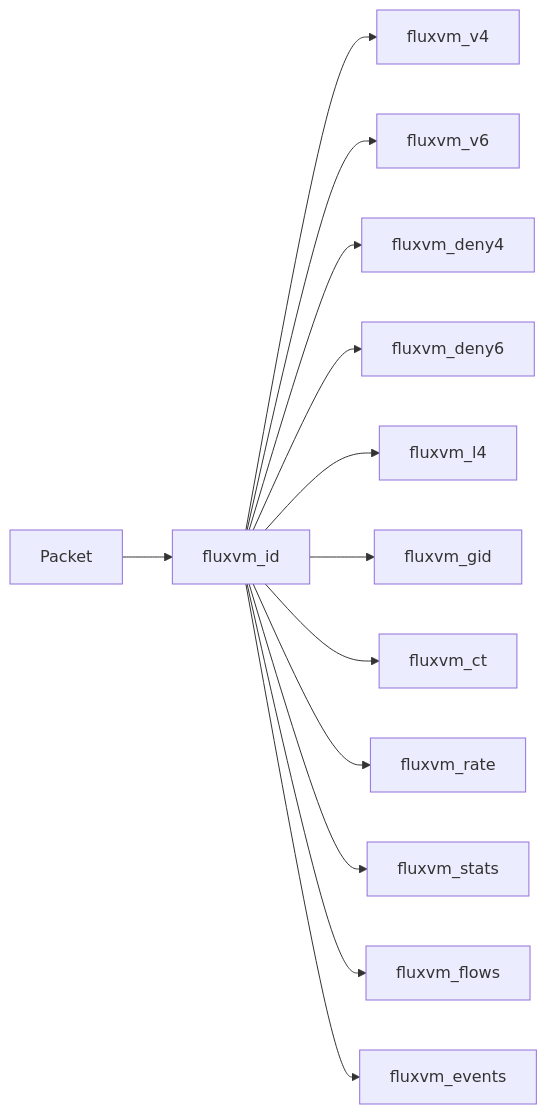
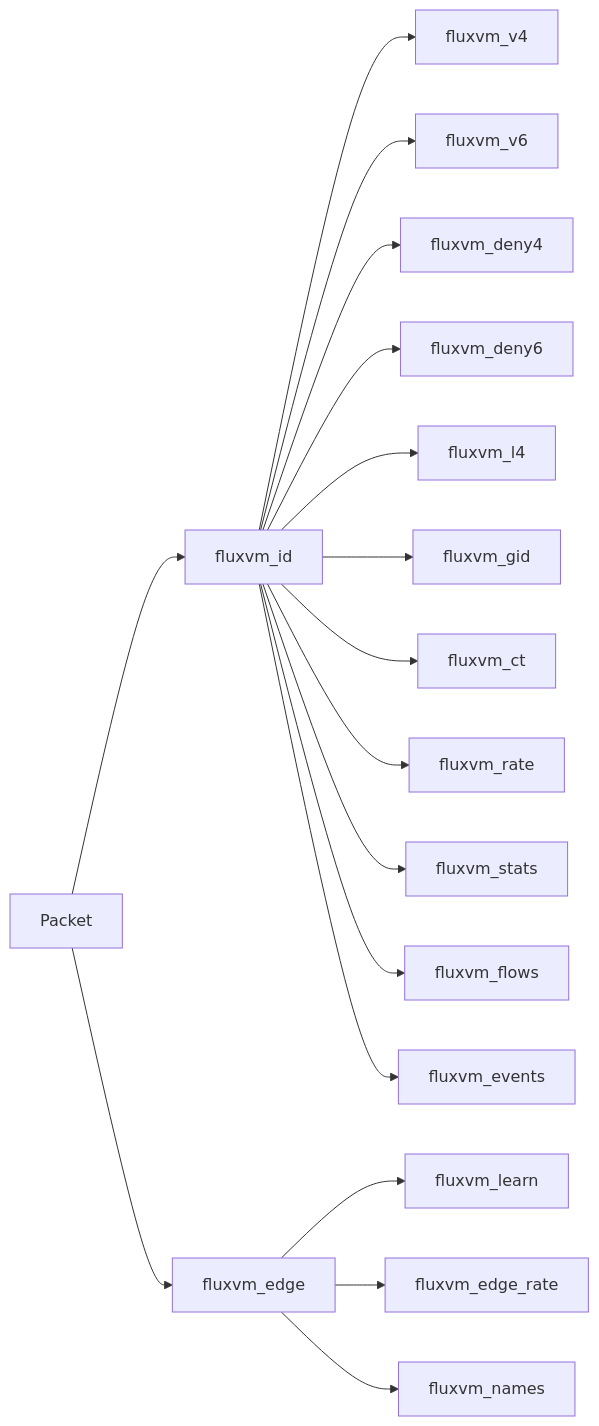
The diagram in bpf/README.md (zyvorai/fluxvm), drawn with Mermaid before and after one commit. The commit also changed other lines of this file and 8 other files, not shown here.

````diff
--- a/bpf/README.md
+++ b/bpf/README.md
@@ -25,15 +25,19 @@
 ```mermaid
 flowchart LR
   Pkt[Packet] --> Id[fluxvm_id]
   Id --> V4[fluxvm_v4]
   Id --> V6[fluxvm_v6]
   Id --> Deny4[fluxvm_deny4]
   Id --> Deny6[fluxvm_deny6]
   Id --> L4[fluxvm_l4]
   Id --> Gid[fluxvm_gid]
   Id --> Ct[fluxvm_ct]
   Id --> Rate[fluxvm_rate]
   Id --> Stats[fluxvm_stats]
   Id --> Flows[fluxvm_flows]
   Id --> Ev[fluxvm_events]
+  Pkt --> Edge[fluxvm_edge]
+  Edge --> Learn[fluxvm_learn]
+  Edge --> ERate[fluxvm_edge_rate]
+  Edge --> Names[fluxvm_names]
 ```
````
